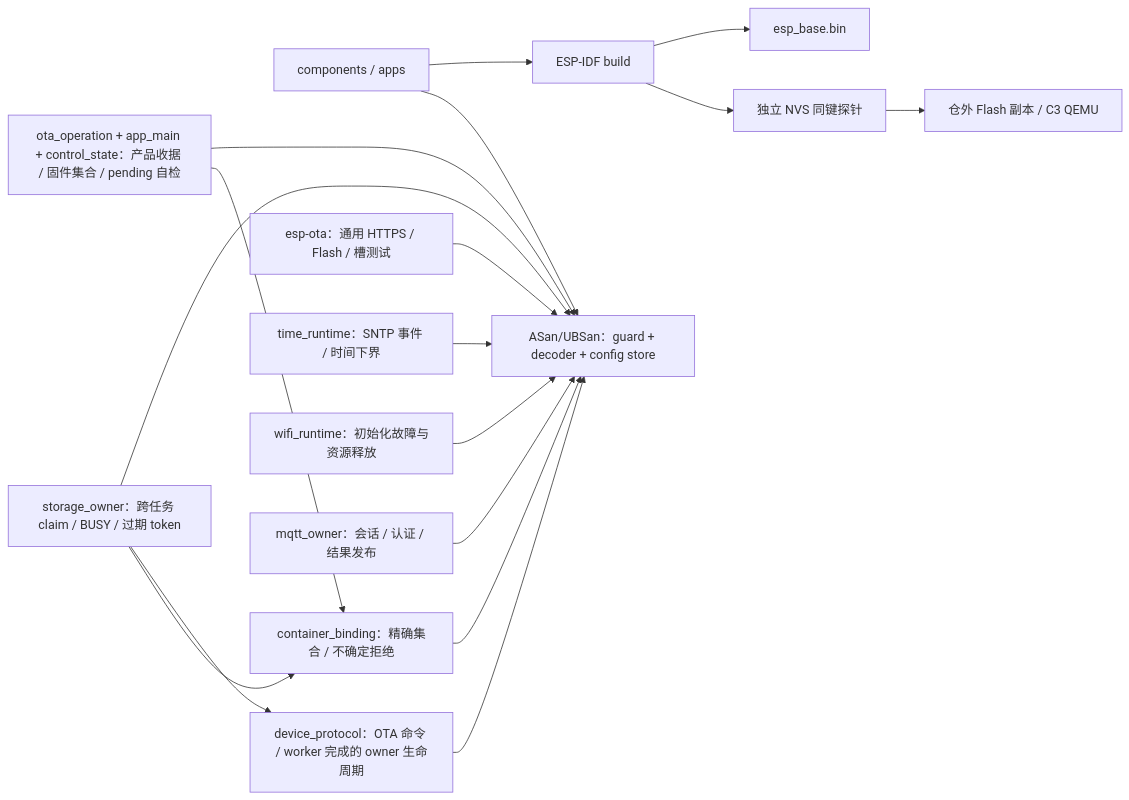
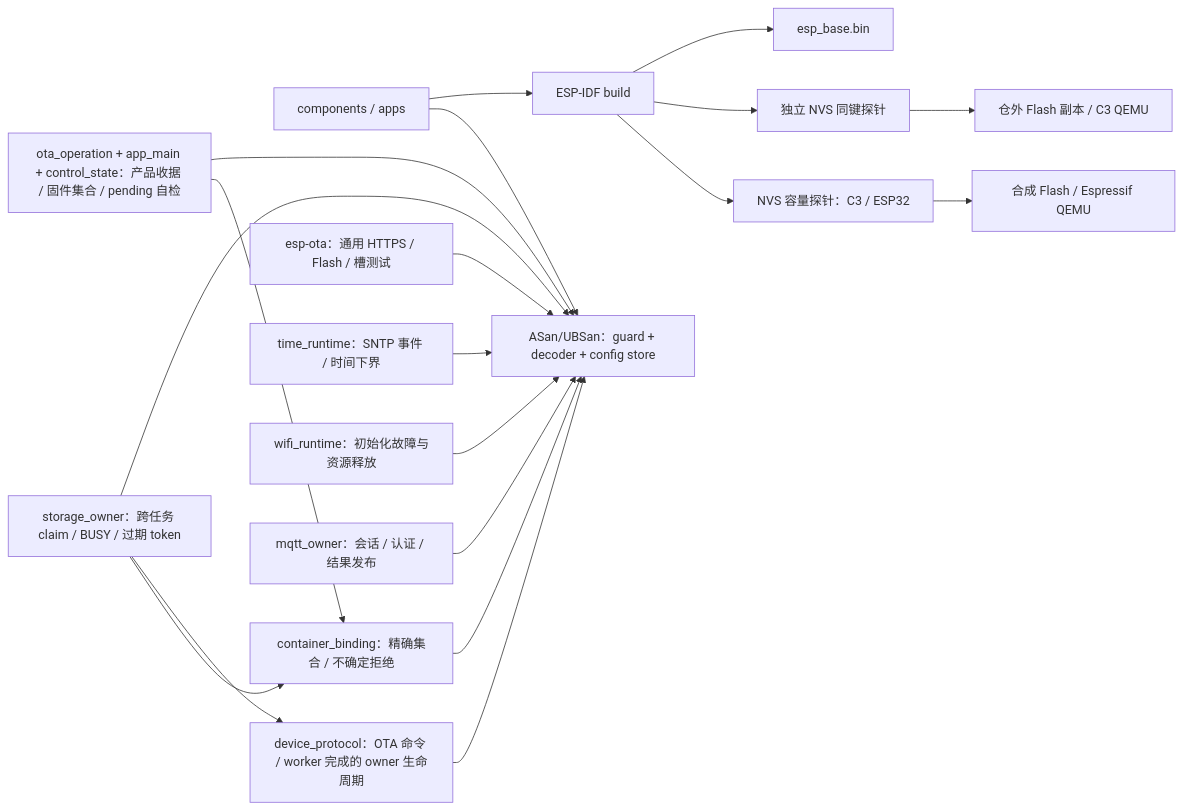
One commit to darren-you/esp-base changed the diagram in firmware/tests/README.md. Above: the diagram before and after it, drawn with Mermaid. The commit also changed other lines of this file and 13 other files, not shown here.

Commit message:
验证 ESP32 六页 NVS 合成容量

````diff
--- a/firmware/tests/README.md
+++ b/firmware/tests/README.md
@@ -30,19 +30,21 @@
 ```mermaid
 flowchart LR
     sources["components / apps"] --> idf["ESP-IDF build"]
     sources --> host["ASan/UBSan：guard + decoder + config store"]
     ota["ota_operation + app_main + control_state：产品收据 / 固件集合 / pending 自检"] --> host
     owner["storage_owner：跨任务 claim / BUSY / 过期 token"] --> host
     protocol["device_protocol：OTA 命令 / worker 完成的 owner 生命周期"] --> host
     owner --> protocol
     binding["container_binding：精确集合 / 不确定拒绝"] --> host
     owner --> binding
     ota --> binding
     library["esp-ota：通用 HTTPS / Flash / 槽测试"] --> host
     time["time_runtime：SNTP 事件 / 时间下界"] --> host
     wifi["wifi_runtime：初始化故障与资源释放"] --> host
     mqtt["mqtt_owner：会话 / 认证 / 结果发布"] --> host
     idf --> image["esp_base.bin"]
     idf --> probe["独立 NVS 同键探针"]
     probe --> qemu["仓外 Flash 副本 / C3 QEMU"]
+    idf --> capacity["NVS 容量探针：C3 / ESP32"]
+    capacity --> synthetic_qemu["合成 Flash / Espressif QEMU"]
 ```
````
